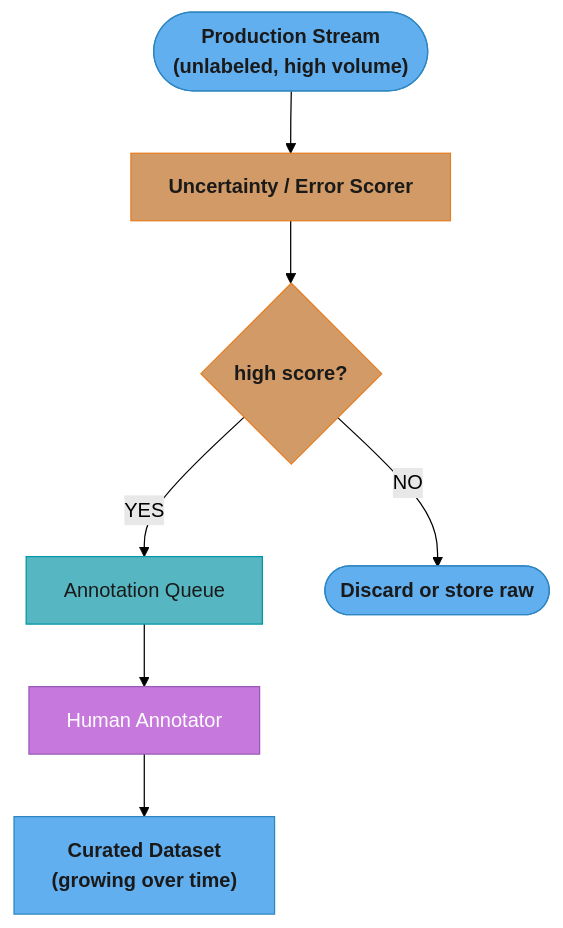
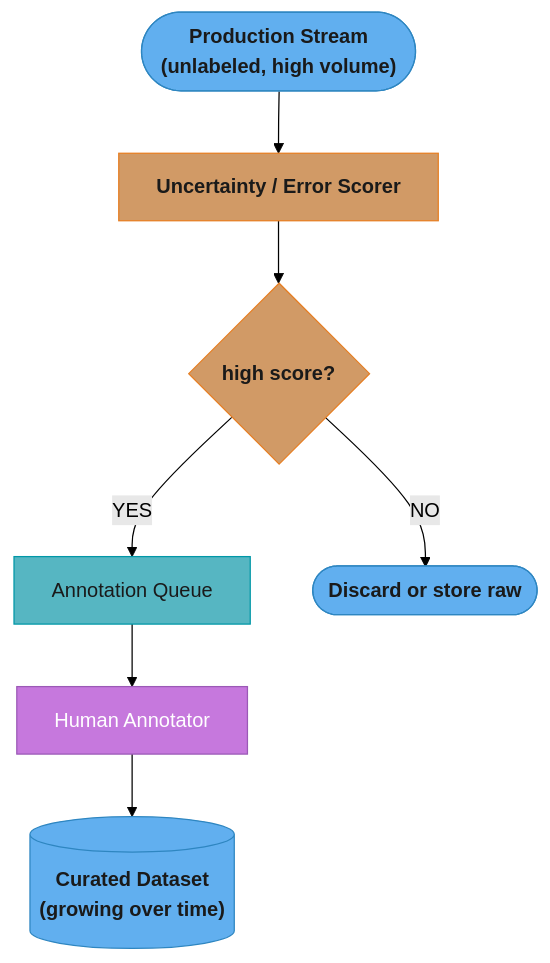
The second of 5 diagrams in src/main/java/com/rutik/systemdesign/llm/data_flywheels_and_continuous_learning/README.md (rppol/system-design), drawn with Mermaid (forest theme) before and after one commit. The commit also changed other lines of this file, not shown here.

Commit message:
chore(diagrams): product logos + ascii sweep in data_flywheels_and_continuous_learning/README.md

````diff
--- a/src/main/java/com/rutik/systemdesign/llm/data_flywheels_and_continuous_learning/README.md
+++ b/src/main/java/com/rutik/systemdesign/llm/data_flywheels_and_continuous_learning/README.md
@@ -148,22 +148,22 @@
 ```mermaid
 flowchart TD
     classDef io      fill:#61afef,stroke:#2e86c1,color:#1a1a1a,font-weight:bold
     classDef frozen  fill:#c678dd,stroke:#9b59b6,color:#fff
     classDef train   fill:#98c379,stroke:#27ae60,color:#1a1a1a
     classDef mathOp  fill:#d19a66,stroke:#e67e22,color:#1a1a1a,font-weight:bold
     classDef lossN   fill:#e06c75,stroke:#c0392b,color:#fff,font-weight:bold
     classDef req     fill:#56b6c2,stroke:#0097a7,color:#1a1a1a
     classDef base    fill:#e5c07b,stroke:#f39c12,color:#1a1a1a
 
     Stream(["Production Stream\n(unlabeled, high volume)"]) --> Scorer
     Scorer["Uncertainty / Error Scorer"] --> Threshold{"high score?"}
     Threshold -- YES --> Queue["Annotation Queue"]
     Threshold -- NO --> Discard(["Discard or store raw"])
     Queue --> Human["Human Annotator"]
-    Human --> Dataset["Curated Dataset\n(growing over time)"]
+    Human --> Dataset[("Curated Dataset\n(growing over time)")]
 
     class Stream,Discard,Dataset io
     class Scorer,Threshold mathOp
     class Queue req
     class Human frozen
 ```
````
